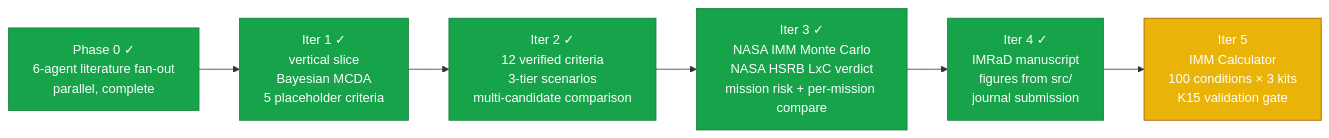
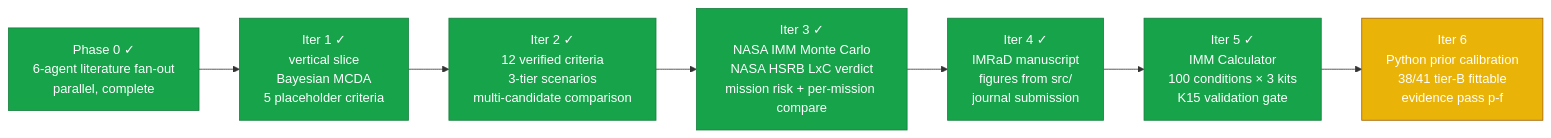
The first of 2 diagrams in README.md (strikerdlm/selectron), drawn with Mermaid before and after one commit. The commit also changed other lines of this file and 6 other files, not shown here.

First line of the commit message:
feat(python): PyMC batch fit — 35 tier-B conditions with evidence-based Gamma-Poisson posteriors

````diff
--- a/README.md
+++ b/README.md
@@ -71,13 +83,14 @@
 ```mermaid
 flowchart LR
     P0[Phase 0 ✓<br/>6-agent literature fan-out<br/>parallel, complete] --> I1
     I1[Iter 1 ✓<br/>vertical slice<br/>Bayesian MCDA<br/>5 placeholder criteria] --> I2
     I2[Iter 2 ✓<br/>12 verified criteria<br/>3-tier scenarios<br/>multi-candidate comparison] --> I3
     I3[Iter 3 ✓<br/>NASA IMM Monte Carlo<br/>NASA HSRB LxC verdict<br/>mission risk + per-mission compare] --> I4
     I4[Iter 4 ✓<br/>IMRaD manuscript<br/>figures from src/<br/>journal submission] --> I5
-    I5[Iter 5<br/>IMM Calculator<br/>100 conditions × 3 kits<br/>K15 validation gate]
+    I5[Iter 5 ✓<br/>IMM Calculator<br/>100 conditions × 3 kits<br/>K15 validation gate] --> I6
+    I6[Iter 6<br/>Python prior calibration<br/>38/41 tier-B fittable<br/>evidence pass p-f]
     classDef done fill:#16a34a,stroke:#15803d,color:#fff
     classDef active fill:#eab308,stroke:#a16207,color:#fff
-    class P0,I1,I2,I3,I4 done
-    class I5 active
+    class P0,I1,I2,I3,I4,I5 done
+    class I6 active
 ```
````
